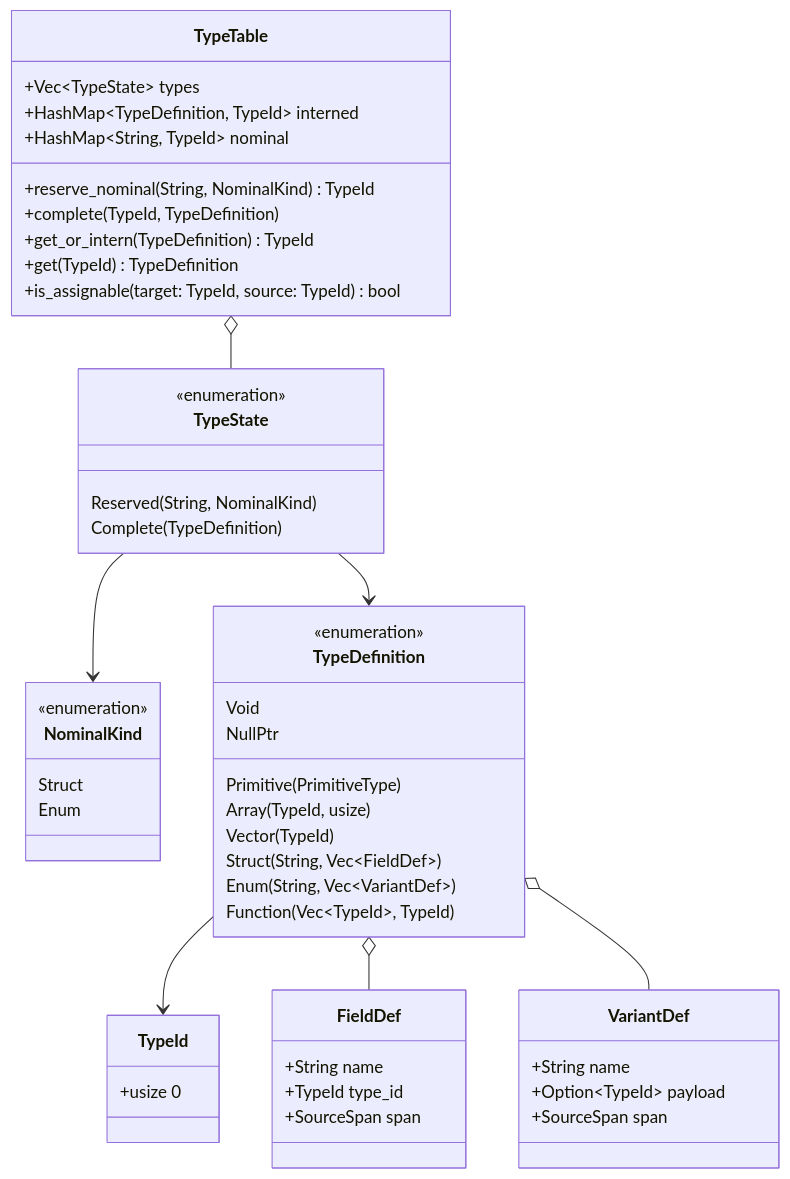
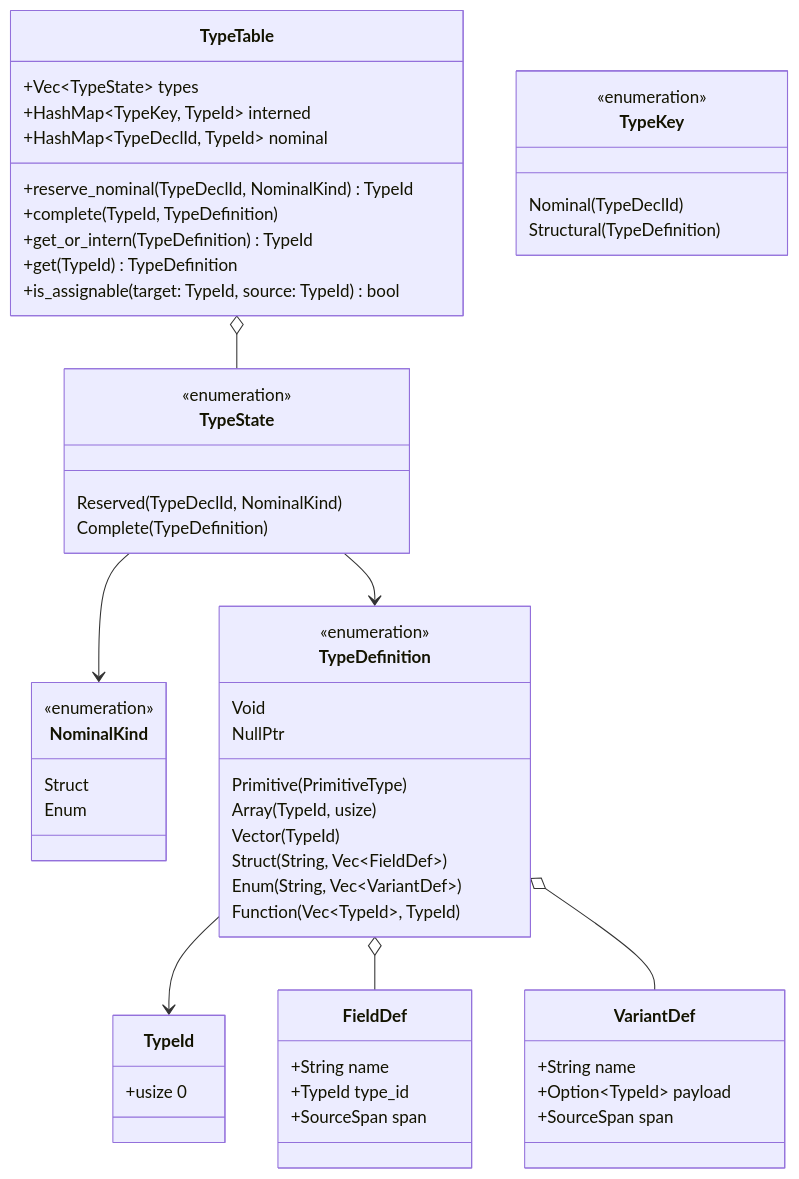
The third of 4 diagrams in specs/001-type-checking/data-model.md (Giuseppe-Bianc/Descar), drawn with Mermaid before and after one commit. The commit also changed other lines of this file and 2 other files, not shown here.

Commit message:
docs(plan): add semantic type checker library API contract
- Created `library-api.md` to define the public interface of the
  semantic type checker in `descar-core`.
- Documented the top-level module interface and detailed the
  `check_program` function, including its phases and expected
  behavior.
- Added phase entry point signatures and error types for each
  phase, enhancing clarity on the type checking process.
- Updated `data-model.md` to correct formatting issues and clarify
  type reservation details.
- Revised `research.md` to specify the rationale for preventing
  infinite recursion during type layout calculations.

These additions and modifications improve documentation clarity
and provide a comprehensive overview of the semantic type
checker’s architecture and functionality.

````diff
--- a/specs/001-type-checking/data-model.md
+++ b/specs/001-type-checking/data-model.md
@@ -151,60 +151,66 @@
 ```mermaid
 classDiagram
     class TypeTable {
         +Vec~TypeState~ types
-        +HashMap~TypeDefinition, TypeId~ interned
-        +HashMap~String, TypeId~ nominal
-        +reserve_nominal(String, NominalKind) TypeId
+        +HashMap~TypeKey, TypeId~ interned
+        +HashMap~TypeDeclId, TypeId~ nominal
+        +reserve_nominal(TypeDeclId, NominalKind) TypeId
         +complete(TypeId, TypeDefinition)
         +get_or_intern(TypeDefinition) TypeId
         +get(TypeId) TypeDefinition
         +is_assignable(target: TypeId, source: TypeId) bool
     }
 
     class TypeState {
         <<enumeration>>
-        Reserved(String, NominalKind)
+        Reserved(TypeDeclId, NominalKind)
         Complete(TypeDefinition)
+    }
+
+    class TypeKey {
+        <<enumeration>>
+        Nominal(TypeDeclId)
+        Structural(TypeDefinition)
     }
 
     class NominalKind {
         <<enumeration>>
         Struct
         Enum
     }
 
     class TypeId {
         +usize 0
     }
 
     class TypeDefinition {
         <<enumeration>>
         Primitive(PrimitiveType)
         Array(TypeId, usize)
         Vector(TypeId)
         Struct(String, Vec~FieldDef~)
         Enum(String, Vec~VariantDef~)
         Function(Vec~TypeId~, TypeId)
         Void
         NullPtr
     }
 
     class FieldDef {
         +String name
         +TypeId type_id
         +SourceSpan span
     }
 
     class VariantDef {
         +String name
         +Option~TypeId~ payload
         +SourceSpan span
     }
 
     TypeTable o-- TypeState
     TypeState --> TypeDefinition
     TypeState --> NominalKind
     TypeDefinition --> TypeId
     TypeDefinition o-- FieldDef
     TypeDefinition o-- VariantDef
 ```
````
